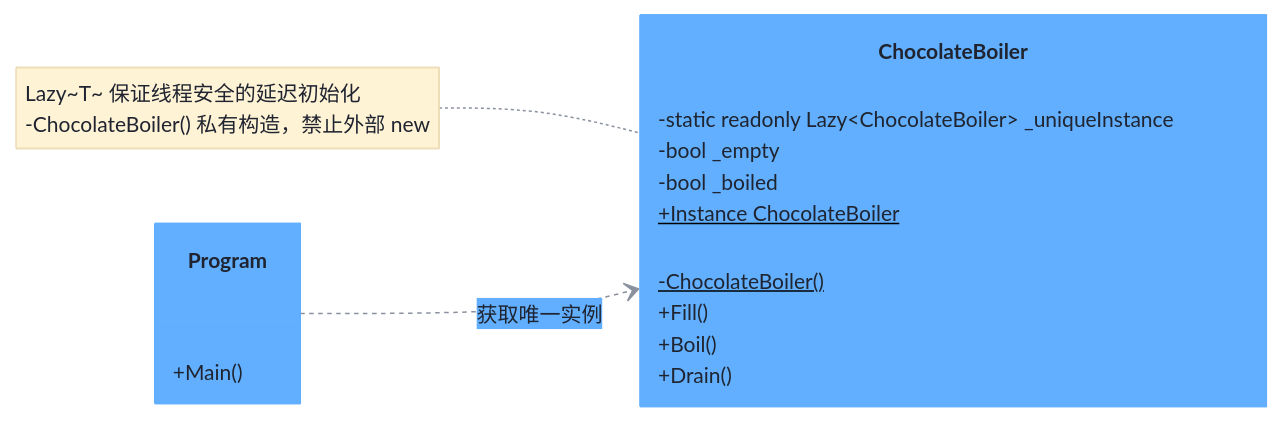
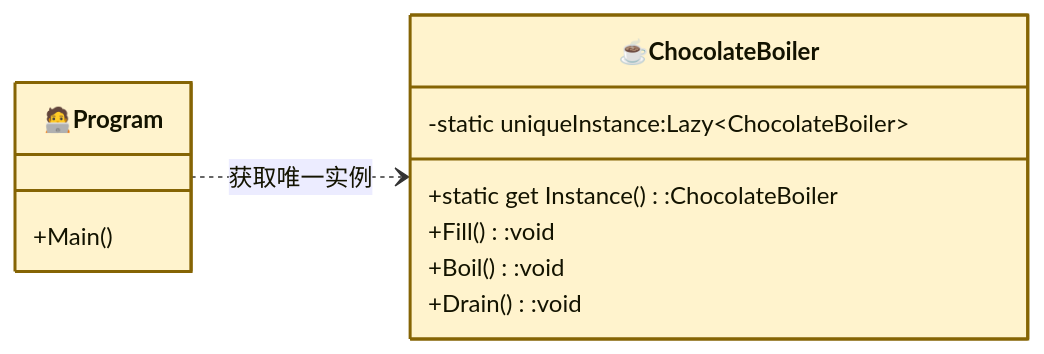
One commit to hollson/design_patterns changed the diagram in SingletonPattern/README.md. Above: the diagram before and after it, drawn with Mermaid. The commit also changed other lines of this file and 19 other files, not shown here.

Commit message:
docs: refactor mermaid diagrams to basic GoF model style for all 20 design patterns

````diff
--- a/SingletonPattern/README.md
+++ b/SingletonPattern/README.md
@@ -18,21 +29,22 @@
 ```mermaid
-%%{init: {"theme": "base", "themeVariables": {"primaryColor": "#61affe", "primaryTextColor": "#1f2430", "primaryBorderColor": "#61affe", "lineColor": "#8a919e", "secondaryColor": "#eaf2fb", "tertiaryColor": "#f5f7fa", "noteBkgColor": "#fff3d6", "noteTextColor": "#1f2430", "fontSize": "14px"}}}%%
+%%{init: {"classDiagram": {"useMarkdownLabels": true}} }%%
 classDiagram
     direction LR
-    class ChocolateBoiler {
-        -static readonly Lazy~ChocolateBoiler~ _uniqueInstance
-        -bool _empty
-        -bool _boiled
-        -ChocolateBoiler()$
-        +Instance ChocolateBoiler$
-        +Fill()
-        +Boil()
-        +Drain()
+
+    class Singleton["☕ChocolateBoiler"]:::contextCls{
+        -static uniqueInstance:Lazy~ChocolateBoiler~
+        +static get Instance():ChocolateBoiler
+        +Fill():void
+        +Boil():void
+        +Drain():void
     }
-    class Program {
+    class Client["🧑‍💻Program"]:::contextCls{
         +Main()
     }
 
-    Program ..> ChocolateBoiler : 获取唯一实例
-    note for ChocolateBoiler "Lazy~T~ 保证线程安全的延迟初始化<br/>-ChocolateBoiler() 私有构造，禁止外部 new"
+    Client ..> Singleton : 获取唯一实例
+
+    classDef contextCls fill:#fff3cd,stroke:#856404,stroke-width:2px
+    classDef strategyCls fill:#f3e5ff,stroke:#6b2d91,stroke-width:2px
+    classDef concreteCls fill:#e5faef,stroke:#177048,stroke-width:2px
 ```
````
